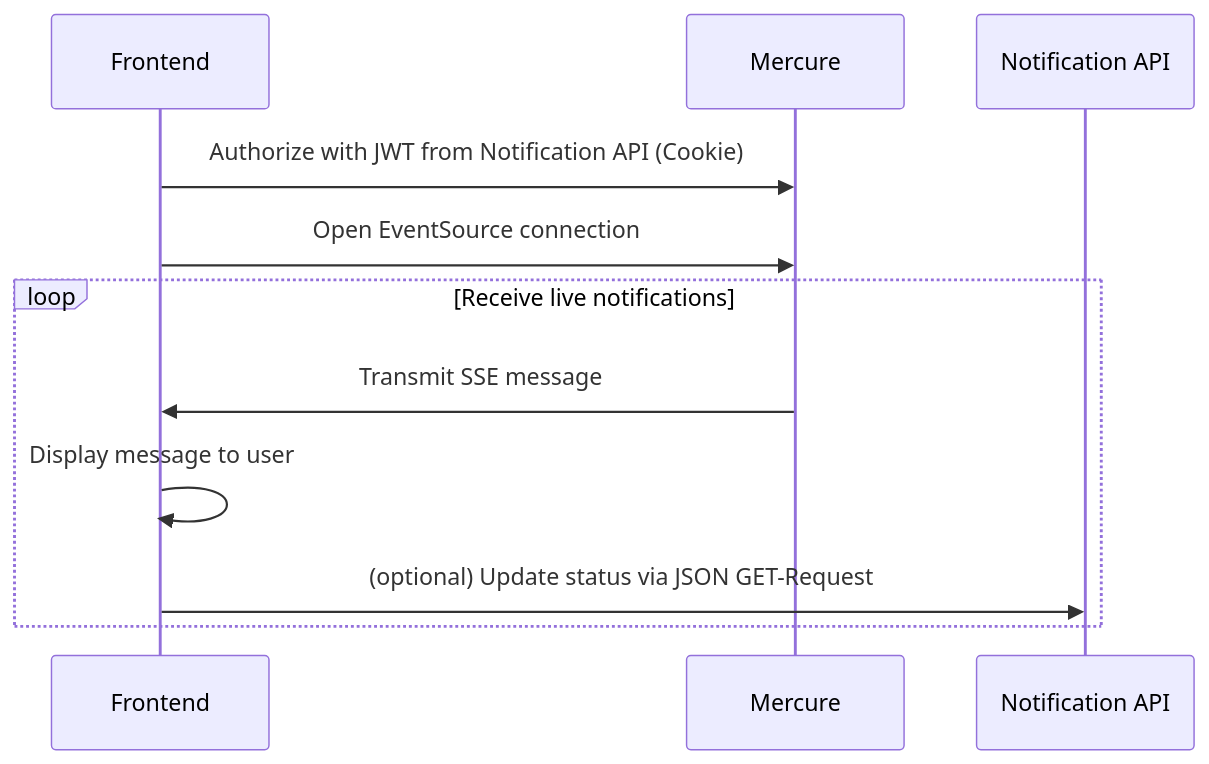
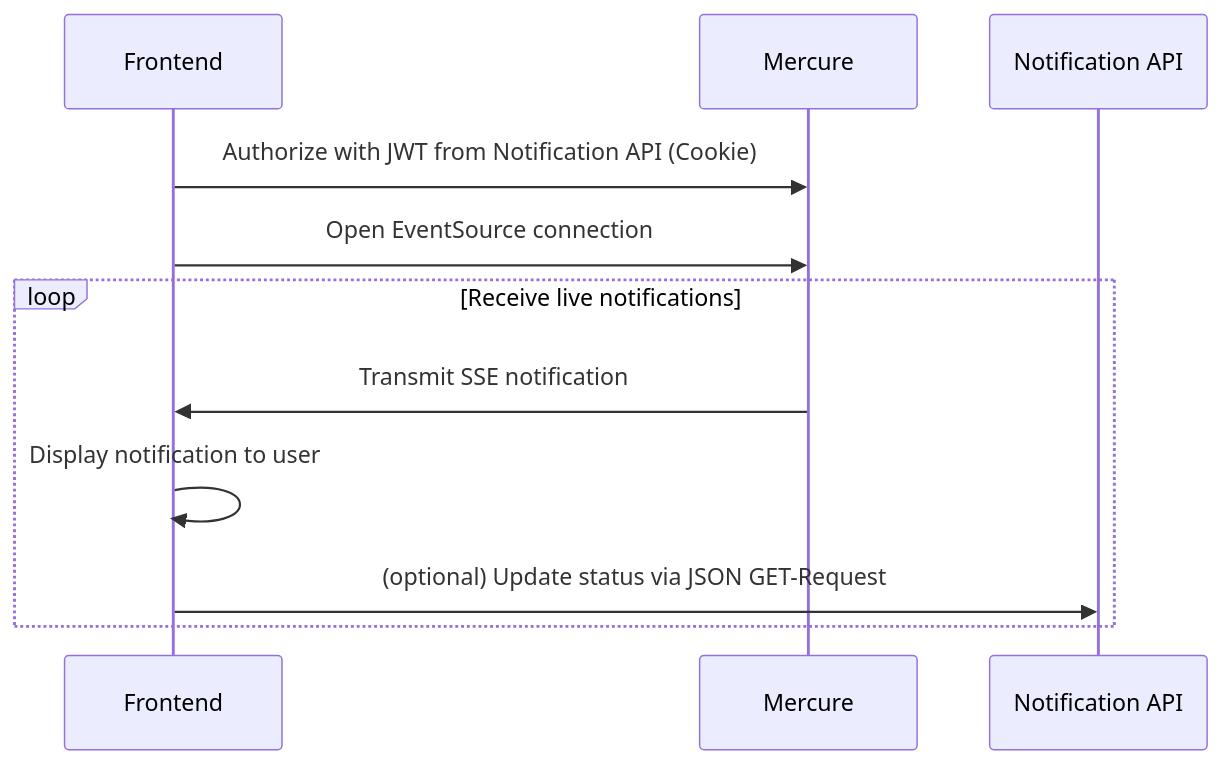
One commit to univention/univention-portal changed the sixth of 6 diagrams in doc/concepts/35_mercure_authorization.md. Above: the diagram before and after it, drawn with Mermaid. The commit also changed other lines of this file and 5 other files, not shown here.

Commit message:
clean up message/notification terminology usage

````diff
--- a/doc/concepts/35_mercure_authorization.md
+++ b/doc/concepts/35_mercure_authorization.md
@@ -104,10 +104,10 @@
 ```mermaid
 sequenceDiagram
    Frontend->>Mercure: Authorize with JWT from Notification API (Cookie)
    Frontend->>Mercure: Open EventSource connection
    loop Receive live notifications
-      Mercure->>Frontend: Transmit SSE message
-      Frontend->>Frontend: Display message to user
+      Mercure->>Frontend: Transmit SSE notification
+      Frontend->>Frontend: Display notification to user
       Frontend->>Notification API: (optional) Update status via JSON GET-Request
    end
 ```
````
